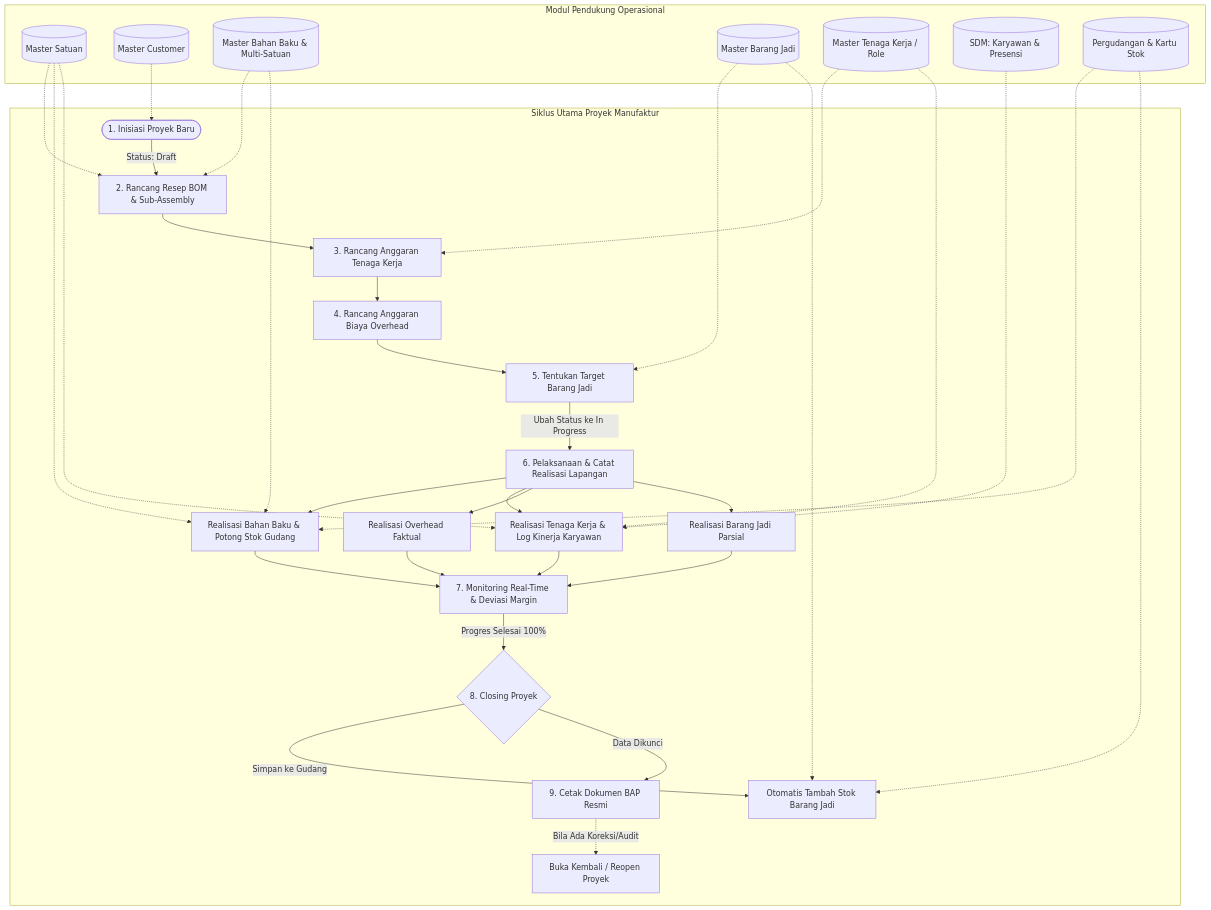
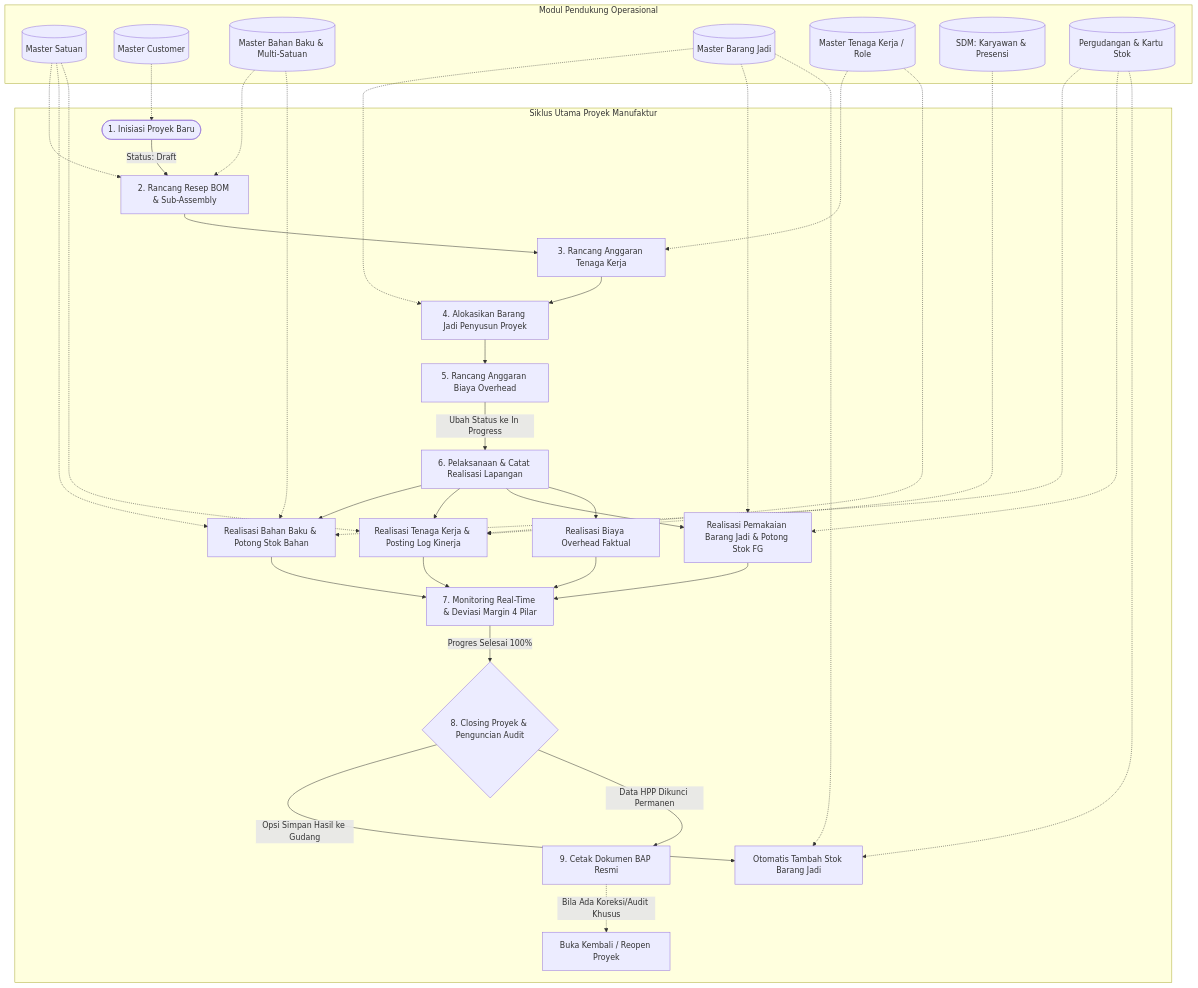
One commit to bagusprasojo/bom changed the diagram in USER_JOURNEY.md. Above: the diagram before and after it, drawn with Mermaid. The commit also changed other lines of this file and 8 other files, not shown here.

````diff
--- a/USER_JOURNEY.md
+++ b/USER_JOURNEY.md
@@ -10,31 +10,31 @@
 ```mermaid
 flowchart TD
     subgraph SIKLUS_UTAMA [Siklus Utama Proyek Manufaktur]
         A([1. Inisiasi Proyek Baru]) -->|Status: Draft| B[2. Rancang Resep BOM & Sub-Assembly]
         B --> C[3. Rancang Anggaran Tenaga Kerja]
-        C --> D[4. Rancang Anggaran Biaya Overhead]
-        D --> E[5. Tentukan Target Barang Jadi]
+        C --> D[4. Alokasikan Barang Jadi Penyusun Proyek]
+        D --> E[5. Rancang Anggaran Biaya Overhead]
         E -->|Ubah Status ke In Progress| F[6. Pelaksanaan & Catat Realisasi Lapangan]
         
-        F --> F1[Realisasi Bahan Baku & Potong Stok Gudang]
-        F --> F2[Realisasi Tenaga Kerja & Log Kinerja Karyawan]
-        F --> F3[Realisasi Overhead Faktual]
-        F --> F4[Realisasi Barang Jadi Parsial]
+        F --> F1[Realisasi Bahan Baku & Potong Stok Bahan]
+        F --> F2[Realisasi Tenaga Kerja & Posting Log Kinerja]
+        F --> F3[Realisasi Pemakaian Barang Jadi & Potong Stok FG]
+        F --> F4[Realisasi Biaya Overhead Faktual]
         
-        F1 & F2 & F3 & F4 --> G[7. Monitoring Real-Time & Deviasi Margin]
-        G -->|Progres Selesai 100%| H{8. Closing Proyek}
-        H -->|Simpan ke Gudang| H1[Otomatis Tambah Stok Barang Jadi]
-        H -->|Data Dikunci| I[9. Cetak Dokumen BAP Resmi]
-        I -.->|Bila Ada Koreksi/Audit| J[Buka Kembali / Reopen Proyek]
+        F1 & F2 & F3 & F4 --> G[7. Monitoring Real-Time & Deviasi Margin 4 Pilar]
+        G -->|Progres Selesai 100%| H{8. Closing Proyek & Penguncian Audit}
+        H -->|Opsi Simpan Hasil ke Gudang| H1[Otomatis Tambah Stok Barang Jadi]
+        H -->|Data HPP Dikunci Permanen| I[9. Cetak Dokumen BAP Resmi]
+        I -.->|Bila Ada Koreksi/Audit Khusus| J[Buka Kembali / Reopen Proyek]
     end
 
     subgraph MODUL_PENDUKUNG [Modul Pendukung Operasional]
         M1[(Master Satuan)] -.-> B & F1 & F2
         M2[(Master Customer)] -.-> A
         M3[(Master Bahan Baku & Multi-Satuan)] -.-> B & F1
-        M4[(Master Barang Jadi)] -.-> E & H1
+        M4[(Master Barang Jadi)] -.-> D & F3 & H1
         M5[(Master Tenaga Kerja / Role)] -.-> C & F2
         M6[(SDM: Karyawan & Presensi)] -.-> F2
-        M7[(Pergudangan & Kartu Stok)] -.-> F1 & H1
+        M7[(Pergudangan & Kartu Stok)] -.-> F1 & F3 & H1
     end
 ```
````
